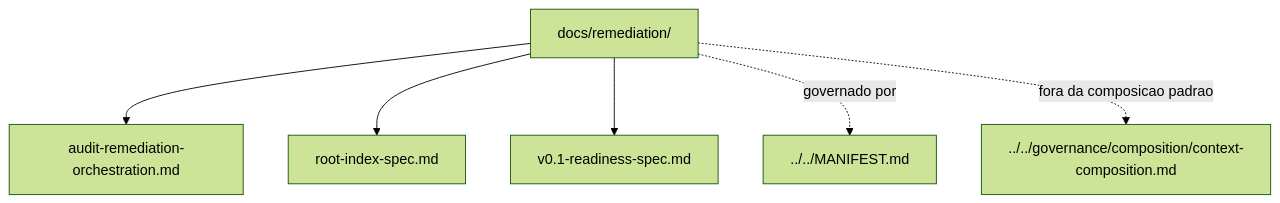
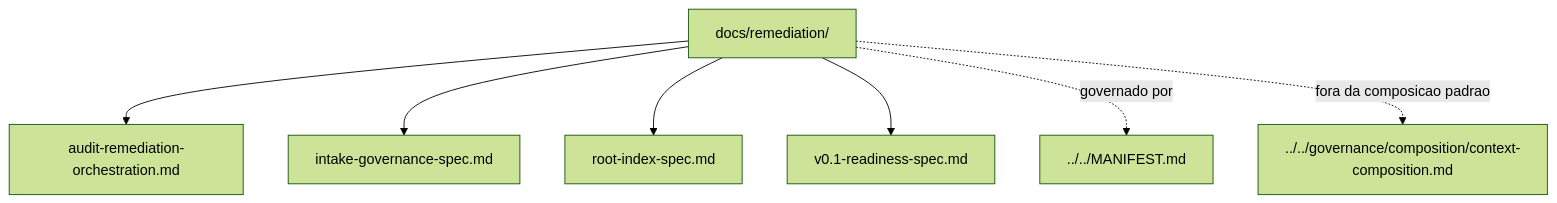
Before and after one commit to moreira-and/agent-ops: the diagram in docs/remediation/README.md, drawn with Mermaid (forest theme). The commit also changed other lines of this file and 18 other files, not shown here.

````diff
--- a/docs/remediation/README.md
+++ b/docs/remediation/README.md
@@ -64,9 +65,10 @@
 ```mermaid
 flowchart TD
     current["docs/remediation/"]
     current --> n1["audit-remediation-orchestration.md"]
-    current --> n2["root-index-spec.md"]
-    current --> n3["v0.1-readiness-spec.md"]
-    current -. "governado por" .-> n4["../../MANIFEST.md"]
-    current -. "fora da composicao padrao" .-> n5["../../governance/composition/context-composition.md"]
+    current --> n2["intake-governance-spec.md"]
+    current --> n3["root-index-spec.md"]
+    current --> n4["v0.1-readiness-spec.md"]
+    current -. "governado por" .-> n5["../../MANIFEST.md"]
+    current -. "fora da composicao padrao" .-> n6["../../governance/composition/context-composition.md"]
 ```
````
